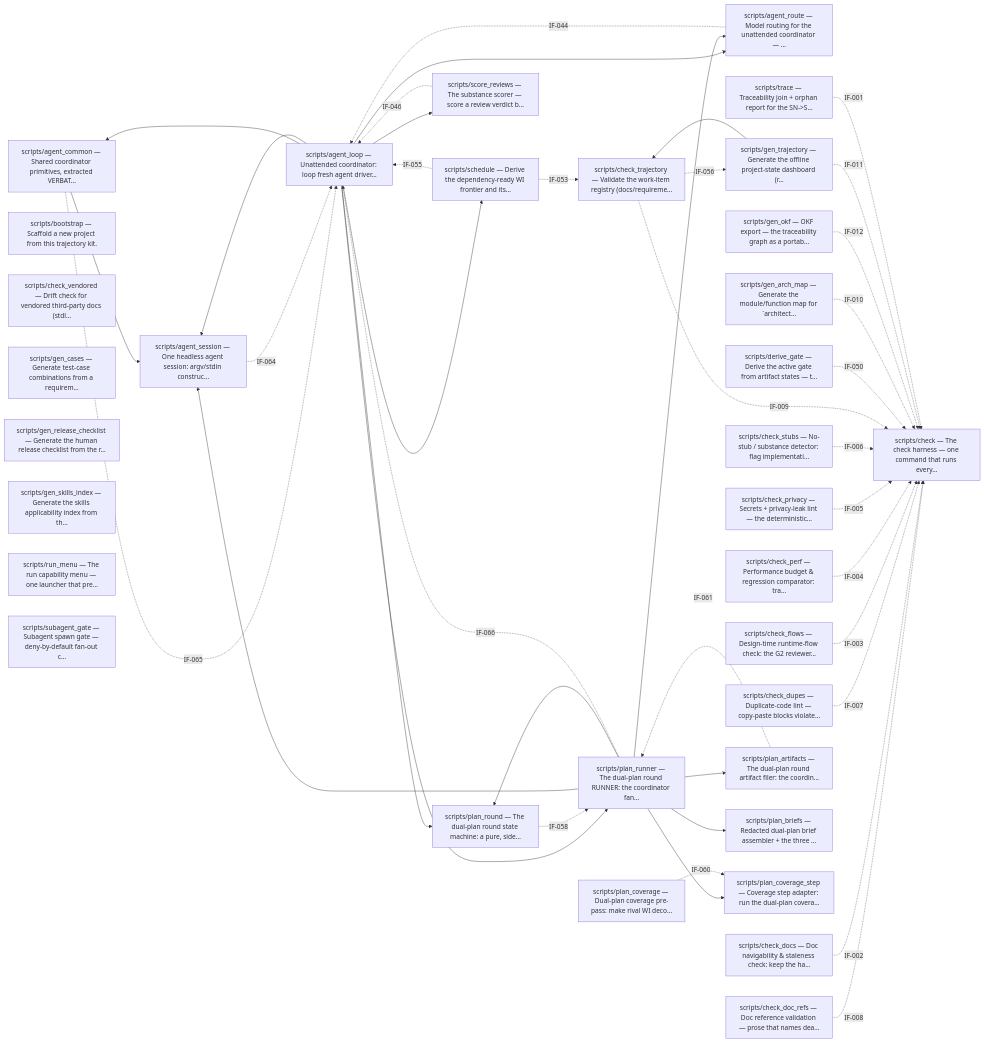
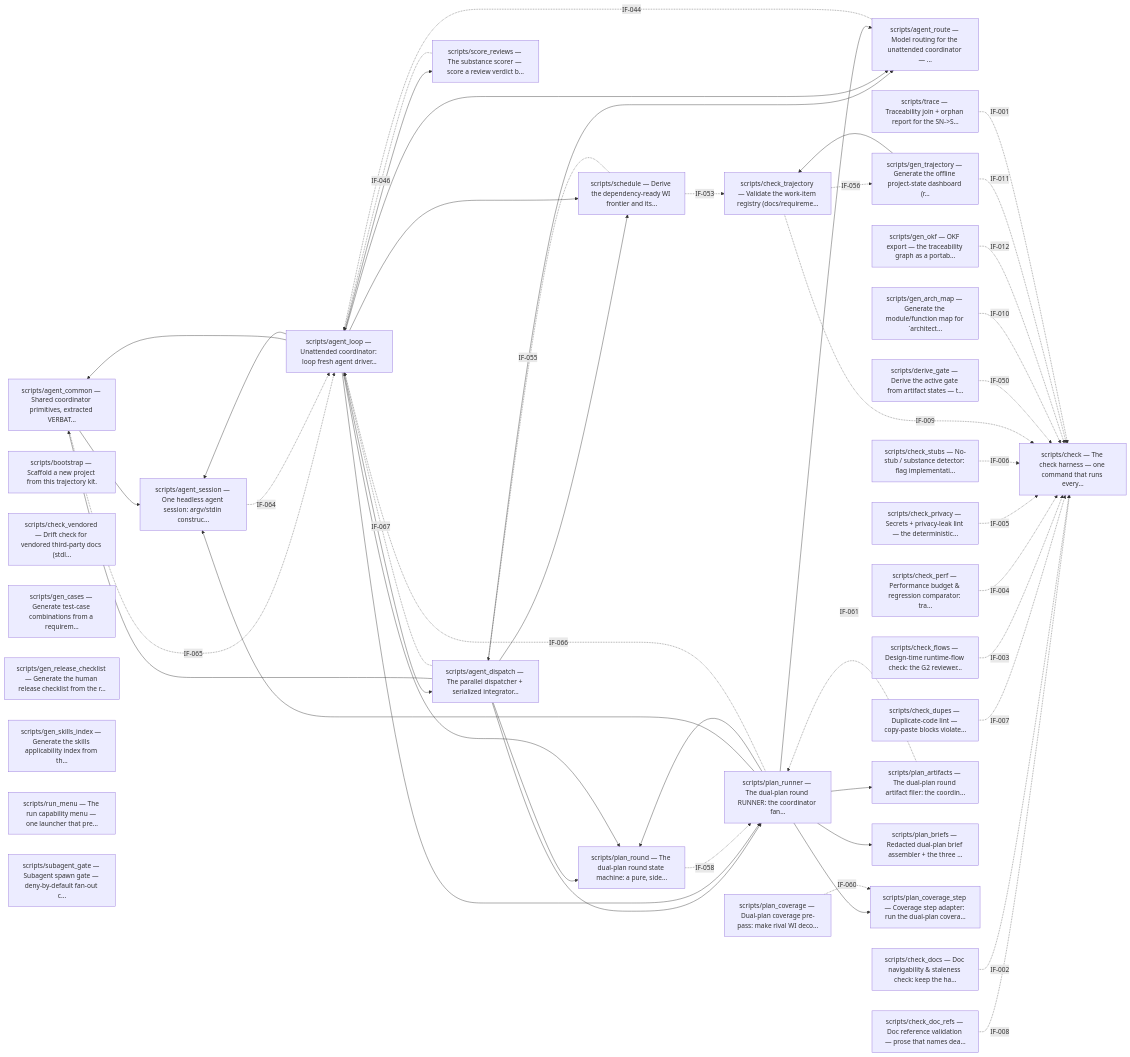
Before and after one commit to diytechy/ai-template: the first of 4 diagrams in docs/architecture.md, drawn with Mermaid. The commit also changed other lines of this file and 15 other files, not shown here.

First line of the commit message:
WI-218: Slice D — extract the dispatcher + serialized integrator to agent_dispatch.py

````diff
--- a/docs/architecture.md
+++ b/docs/architecture.md
@@ -37,6 +37,7 @@
 ```mermaid
 graph LR
     m_scripts_agent_common["scripts/agent_common — Shared coordinator primitives, extracted VERBAT…"]
+    m_scripts_agent_dispatch["scripts/agent_dispatch — The parallel dispatcher + serialized integrator…"]
     m_scripts_agent_loop["scripts/agent_loop — Unattended coordinator: loop fresh agent driver…"]
     m_scripts_agent_route["scripts/agent_route — Model routing for the unattended coordinator — …"]
     m_scripts_agent_session["scripts/agent_session — One headless agent session: argv/stdin construc…"]
@@ -70,7 +71,13 @@
     m_scripts_subagent_gate["scripts/subagent_gate — Subagent spawn gate — deny-by-default fan-out c…"]
     m_scripts_trace["scripts/trace — Traceability join + orphan report for the SN->S…"]
     m_scripts_agent_common --> m_scripts_agent_session
+    m_scripts_agent_dispatch --> m_scripts_agent_common
+    m_scripts_agent_dispatch --> m_scripts_agent_route
+    m_scripts_agent_dispatch --> m_scripts_plan_round
+    m_scripts_agent_dispatch --> m_scripts_plan_runner
+    m_scripts_agent_dispatch --> m_scripts_schedule
     m_scripts_agent_loop --> m_scripts_agent_common
+    m_scripts_agent_loop --> m_scripts_agent_dispatch
     m_scripts_agent_loop --> m_scripts_agent_route
     m_scripts_agent_loop --> m_scripts_agent_session
     m_scripts_agent_loop --> m_scripts_plan_round
@@ -85,6 +92,7 @@
     m_scripts_plan_runner --> m_scripts_plan_coverage_step
     m_scripts_plan_runner --> m_scripts_plan_round
     m_scripts_agent_common -. IF-065 .-> m_scripts_agent_loop
+    m_scripts_agent_dispatch -. IF-067 .-> m_scripts_agent_loop
     m_scripts_agent_route -. IF-044 .-> m_scripts_agent_loop
     m_scripts_agent_session -. IF-064 .-> m_scripts_agent_loop
     m_scripts_check_doc_refs -. IF-008 .-> m_scripts_check
@@ -104,7 +112,7 @@
     m_scripts_plan_coverage -. IF-060 .-> m_scripts_plan_coverage_step
     m_scripts_plan_round -. IF-058 .-> m_scripts_plan_runner
     m_scripts_plan_runner -. IF-066 .-> m_scripts_agent_loop
-    m_scripts_schedule -. IF-055 .-> m_scripts_agent_loop
+    m_scripts_schedule -. IF-055 .-> m_scripts_agent_dispatch
     m_scripts_schedule -. IF-053 .-> m_scripts_check_trajectory
     m_scripts_score_reviews -. IF-046 .-> m_scripts_agent_loop
     m_scripts_trace -. IF-001 .-> m_scripts_check
````
